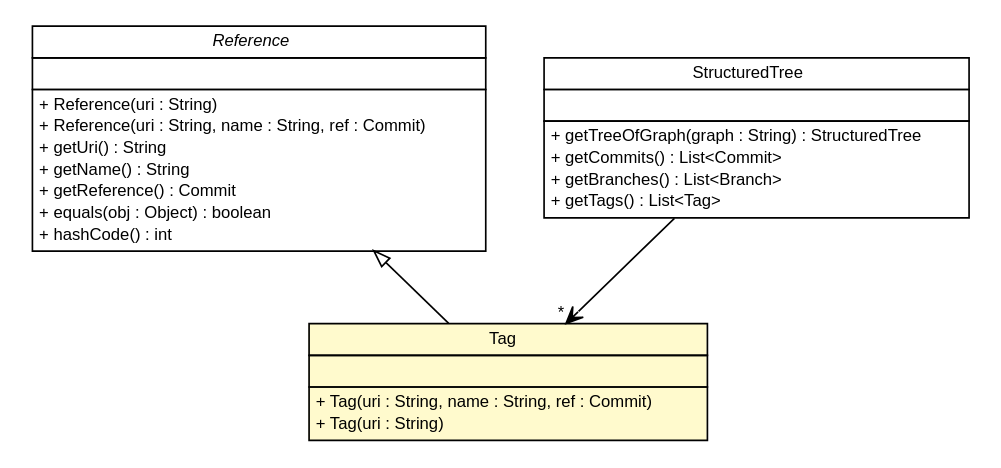
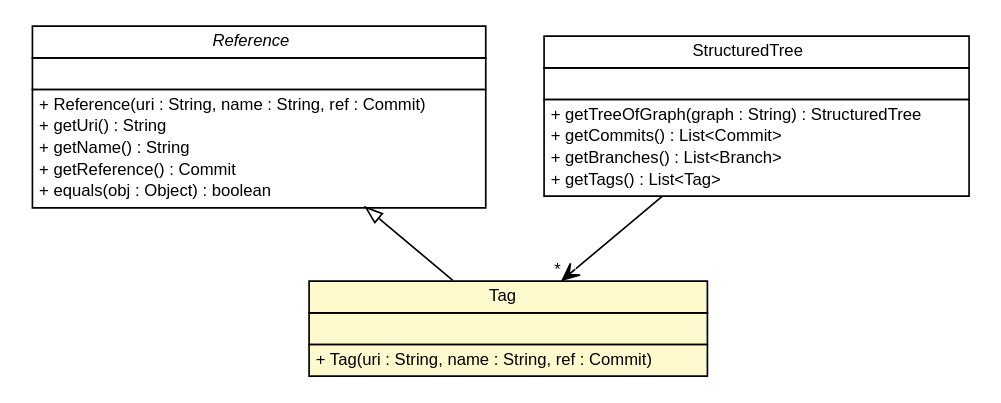
One commit to adrianorzyszek/r43ples changed the diagram in site/apidocs/de/tud/plt/r43ples/revisionTree/Tag.dot. Above: the diagram before and after it, drawn with Graphviz. The commit also changed 237 other files, not shown here.

```diff
--- a/site/apidocs/de/tud/plt/r43ples/revisionTree/Tag.dot
+++ b/site/apidocs/de/tud/plt/r43ples/revisionTree/Tag.dot
@@ -1,62 +1,59 @@
 #!/usr/local/bin/dot
 #
 # Class diagram 
 # Generated by UMLGraph version R5_6-24-gf6e263 (http://www.umlgraph.org/)
 #
 
 digraph G {
 	edge [fontname="Helvetica",fontsize=10,labelfontname="Helvetica",labelfontsize=10];
 	node [fontname="Helvetica",fontsize=10,shape=plaintext];
 	nodesep=0.25;
 	ranksep=0.5;
 	// de.tud.plt.r43ples.revisionTree.Reference
 	c1807 [label=<<table title="de.tud.plt.r43ples.revisionTree.Reference" border="0" cellborder="1" cellspacing="0" cellpadding="2" port="p" href="./Reference.html">
 		<tr><td><table border="0" cellspacing="0" cellpadding="1">
 <tr><td align="center" balign="center"><font face="Helvetica-Oblique"> Reference </font></td></tr>
 		</table></td></tr>
 		<tr><td><table border="0" cellspacing="0" cellpadding="1">
 <tr><td align="left" balign="left">  </td></tr>
 		</table></td></tr>
 		<tr><td><table border="0" cellspacing="0" cellpadding="1">
-<tr><td align="left" balign="left"> + Reference(uri : String) </td></tr>
 <tr><td align="left" balign="left"> + Reference(uri : String, name : String, ref : Commit) </td></tr>
 <tr><td align="left" balign="left"> + getUri() : String </td></tr>
 <tr><td align="left" balign="left"> + getName() : String </td></tr>
 <tr><td align="left" balign="left"> + getReference() : Commit </td></tr>
 <tr><td align="left" balign="left"> + equals(obj : Object) : boolean </td></tr>
-<tr><td align="left" balign="left"> + hashCode() : int </td></tr>
 		</table></td></tr>
 		</table>>, URL="./Reference.html", fontname="Helvetica", fontcolor="black", fontsize=10.0];
 	// de.tud.plt.r43ples.revisionTree.StructuredTree
 	c1809 [label=<<table title="de.tud.plt.r43ples.revisionTree.StructuredTree" border="0" cellborder="1" cellspacing="0" cellpadding="2" port="p" href="./StructuredTree.html">
 		<tr><td><table border="0" cellspacing="0" cellpadding="1">
 <tr><td align="center" balign="center"> StructuredTree </td></tr>
 		</table></td></tr>
 		<tr><td><table border="0" cellspacing="0" cellpadding="1">
 <tr><td align="left" balign="left">  </td></tr>
 		</table></td></tr>
 		<tr><td><table border="0" cellspacing="0" cellpadding="1">
 <tr><td align="left" balign="left"> + getTreeOfGraph(graph : String) : StructuredTree </td></tr>
 <tr><td align="left" balign="left"> + getCommits() : List&lt;Commit&gt; </td></tr>
 <tr><td align="left" balign="left"> + getBranches() : List&lt;Branch&gt; </td></tr>
 <tr><td align="left" balign="left"> + getTags() : List&lt;Tag&gt; </td></tr>
 		</table></td></tr>
 		</table>>, URL="./StructuredTree.html", fontname="Helvetica", fontcolor="black", fontsize=10.0];
 	// de.tud.plt.r43ples.revisionTree.Tag
 	c1810 [label=<<table title="de.tud.plt.r43ples.revisionTree.Tag" border="0" cellborder="1" cellspacing="0" cellpadding="2" port="p" bgcolor="lemonChiffon" href="./Tag.html">
 		<tr><td><table border="0" cellspacing="0" cellpadding="1">
 <tr><td align="center" balign="center"> Tag </td></tr>
 		</table></td></tr>
 		<tr><td><table border="0" cellspacing="0" cellpadding="1">
 <tr><td align="left" balign="left">  </td></tr>
 		</table></td></tr>
 		<tr><td><table border="0" cellspacing="0" cellpadding="1">
 <tr><td align="left" balign="left"> + Tag(uri : String, name : String, ref : Commit) </td></tr>
-<tr><td align="left" balign="left"> + Tag(uri : String) </td></tr>
 		</table></td></tr>
 		</table>>, URL="./Tag.html", fontname="Helvetica", fontcolor="black", fontsize=10.0];
 	//de.tud.plt.r43ples.revisionTree.Tag extends de.tud.plt.r43ples.revisionTree.Reference
 	c1807:p -> c1810:p [dir=back,arrowtail=empty];
 	// de.tud.plt.r43ples.revisionTree.StructuredTree NAVASSOC de.tud.plt.r43ples.revisionTree.Tag
 	c1809:p -> c1810:p [taillabel="", label="", headlabel="*", fontname="Helvetica", fontcolor="black", fontsize=10.0, color="black", arrowhead=open];
 }
```
